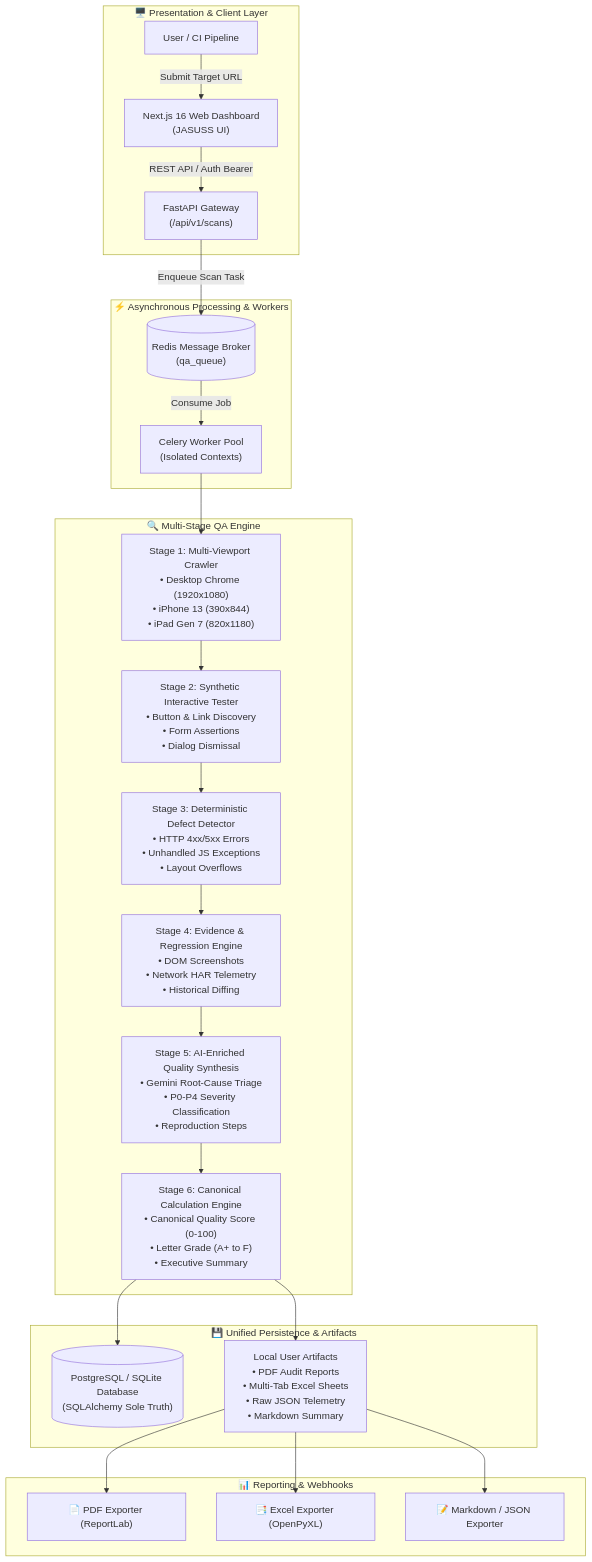
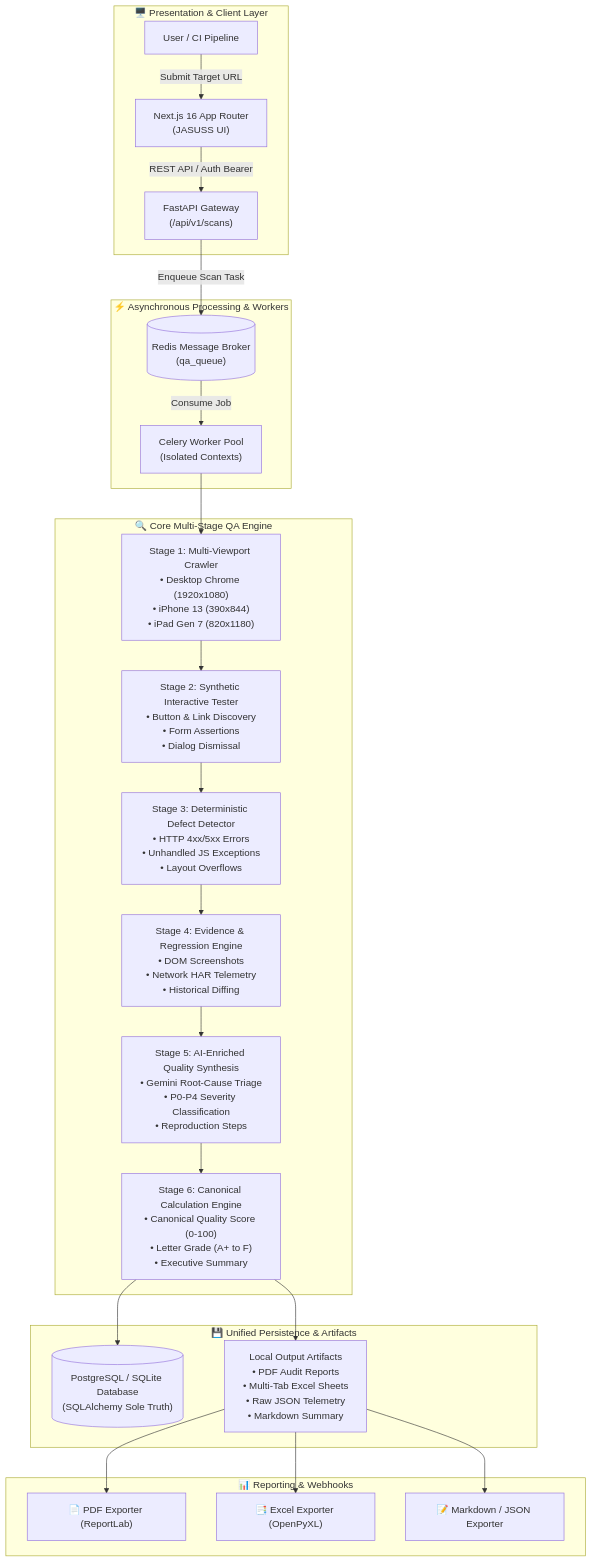
The first of 2 diagrams in README.md (jay-sambhu/QA-For-lms), drawn with Mermaid before and after one commit. The commit also changed other lines of this file and 21 other files, not shown here.

````diff
--- a/README.md
+++ b/README.md
@@ -40,32 +40,32 @@
 ```mermaid
 flowchart TD
     subgraph ClientLayer["🖥️ Presentation & Client Layer"]
-        A["User / CI Pipeline"] -->|"Submit Target URL"| B["Next.js 16 Web Dashboard\n(JASUSS UI)"]
+        A["User / CI Pipeline"] -->|"Submit Target URL"| B["Next.js 16 App Router\n(JASUSS UI)"]
         B -->|"REST API / Auth Bearer"| C["FastAPI Gateway\n(/api/v1/scans)"]
     end
 
     subgraph DistributedExecution["⚡ Asynchronous Processing & Workers"]
         C -->|"Enqueue Scan Task"| D[("Redis Message Broker\n(qa_queue)")]
         D -->|"Consume Job"| E["Celery Worker Pool\n(Isolated Contexts)"]
     end
 
-    subgraph QAPipeline["🔍 Multi-Stage QA Engine"]
+    subgraph QAPipeline["🔍 Core Multi-Stage QA Engine"]
         E --> S1["Stage 1: Multi-Viewport Crawler\n• Desktop Chrome (1920x1080)\n• iPhone 13 (390x844)\n• iPad Gen 7 (820x1180)"]
         S1 --> S2["Stage 2: Synthetic Interactive Tester\n• Button & Link Discovery\n• Form Assertions\n• Dialog Dismissal"]
         S2 --> S3["Stage 3: Deterministic Defect Detector\n• HTTP 4xx/5xx Errors\n• Unhandled JS Exceptions\n• Layout Overflows"]
         S3 --> S4["Stage 4: Evidence & Regression Engine\n• DOM Screenshots\n• Network HAR Telemetry\n• Historical Diffing"]
         S4 --> S5["Stage 5: AI-Enriched Quality Synthesis\n• Gemini Root-Cause Triage\n• P0-P4 Severity Classification\n• Reproduction Steps"]
         S5 --> S6["Stage 6: Canonical Calculation Engine\n• Canonical Quality Score (0-100)\n• Letter Grade (A+ to F)\n• Executive Summary"]
     end
 
     subgraph StorageLayer["💾 Unified Persistence & Artifacts"]
         S6 --> DB[("PostgreSQL / SQLite Database\n(SQLAlchemy Sole Truth)")]
-        S6 --> FS["Local User Artifacts\n• PDF Audit Reports\n• Multi-Tab Excel Sheets\n• Raw JSON Telemetry\n• Markdown Summary"]
+        S6 --> FS["Local Output Artifacts\n• PDF Audit Reports\n• Multi-Tab Excel Sheets\n• Raw JSON Telemetry\n• Markdown Summary"]
     end
 
     subgraph Exporters["📊 Reporting & Webhooks"]
         FS --> EXP1["📄 PDF Exporter (ReportLab)"]
         FS --> EXP2["📑 Excel Exporter (OpenPyXL)"]
         FS --> EXP3["📝 Markdown / JSON Exporter"]
     end
 ```
````
